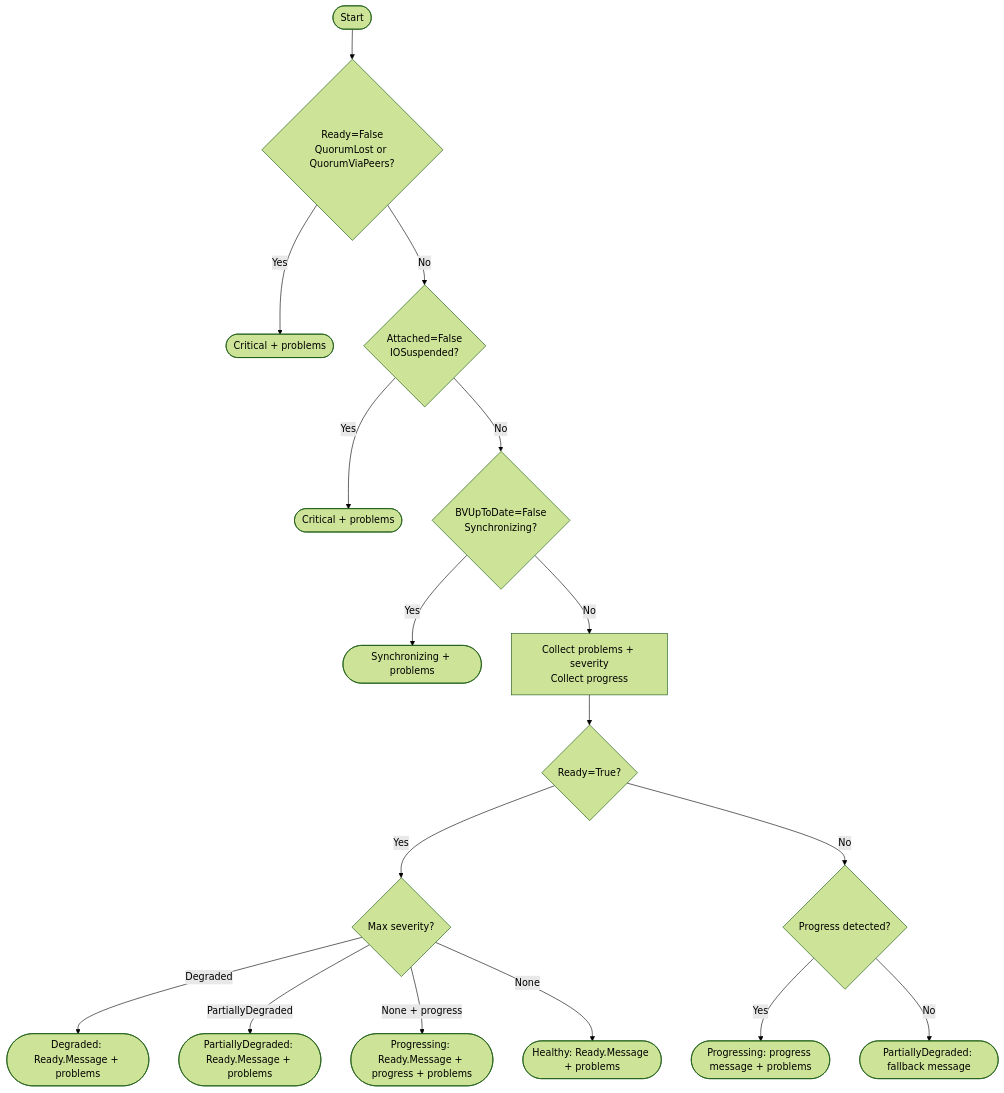
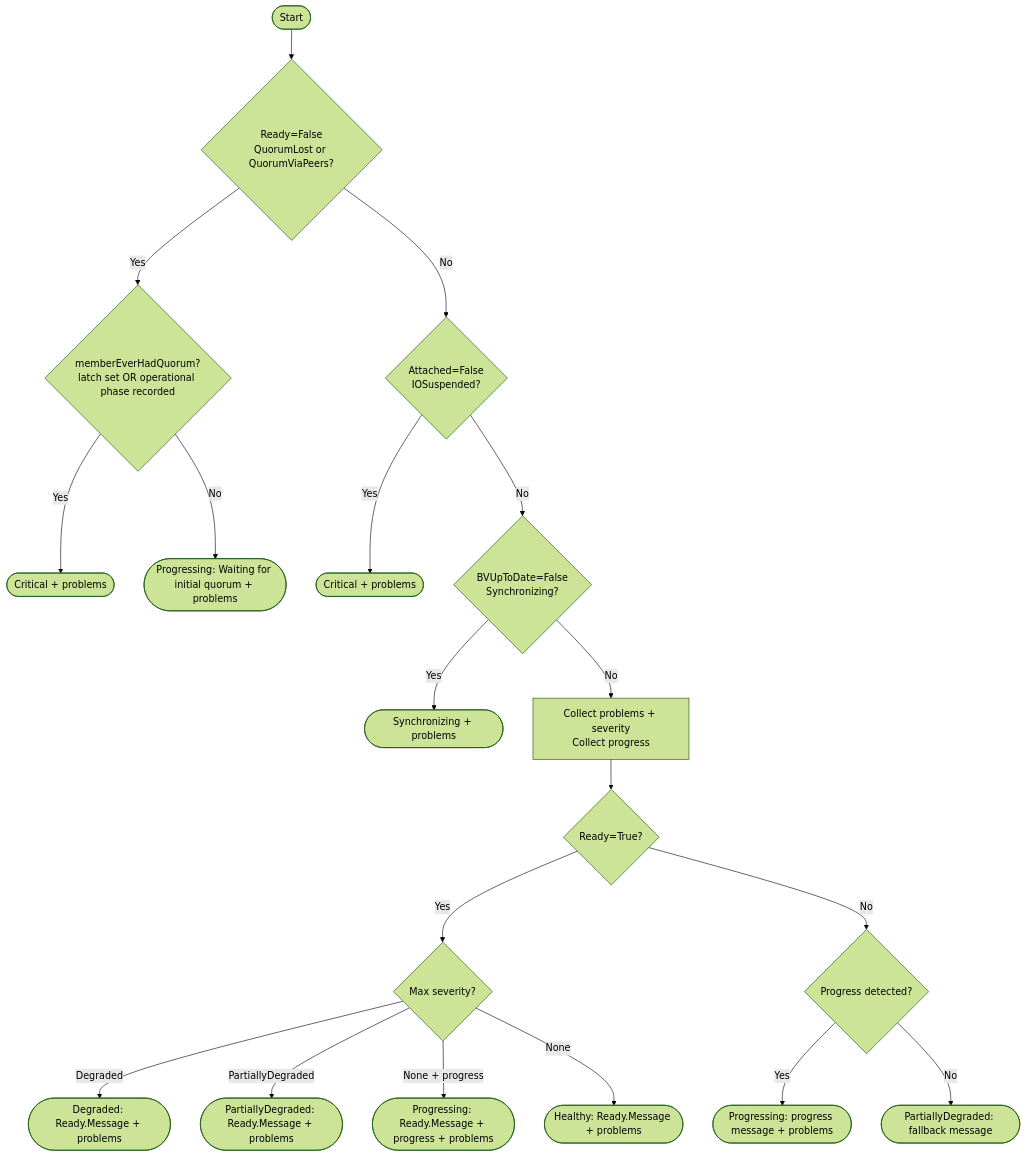
Before and after one commit to deckhouse/sds-replicated-volume: the fourth of 18 diagrams in images/controller/internal/controllers/rvr_controller/README.md, drawn with Mermaid (forest theme). The commit also changed other lines of this file and 10 other files, not shown here.

````diff
--- a/images/controller/internal/controllers/rvr_controller/README.md
+++ b/images/controller/internal/controllers/rvr_controller/README.md
@@ -716,24 +734,26 @@
 ```mermaid
 flowchart TD
     Start([Start]) --> CheckQuorum{Ready=False<br/>QuorumLost or QuorumViaPeers?}
-    CheckQuorum -->|Yes| Critical1([Critical + problems])
+    CheckQuorum -->|Yes| CheckHadQuorum{memberEverHadQuorum?<br/>latch set OR operational phase recorded}
+    CheckHadQuorum -->|Yes| Critical1([Critical + problems])
+    CheckHadQuorum -->|No| Joining(["Progressing: Waiting for initial quorum + problems"])
 
     CheckQuorum -->|No| CheckIO{Attached=False<br/>IOSuspended?}
     CheckIO -->|Yes| Critical2([Critical + problems])
 
     CheckIO -->|No| CheckSync{BVUpToDate=False<br/>Synchronizing?}
     CheckSync -->|Yes| Synchronizing([Synchronizing + problems])
 
     CheckSync -->|No| Collect["Collect problems + severity<br/>Collect progress"]
     Collect --> CheckReady{Ready=True?}
 
     CheckReady -->|Yes| EvalHealth{Max severity?}
     EvalHealth -->|Degraded| Degraded(["Degraded: Ready.Message + problems"])
     EvalHealth -->|PartiallyDegraded| PartDeg(["PartiallyDegraded: Ready.Message + problems"])
     EvalHealth -->|None + progress| Progressing(["Progressing: Ready.Message + progress + problems"])
     EvalHealth -->|None| Healthy(["Healthy: Ready.Message + problems"])
 
     CheckReady -->|No| CheckProgress{Progress detected?}
     CheckProgress -->|Yes| ProgressFallback(["Progressing: progress message + problems"])
     CheckProgress -->|No| MemberFallback(["PartiallyDegraded: fallback message"])
 ```
````
